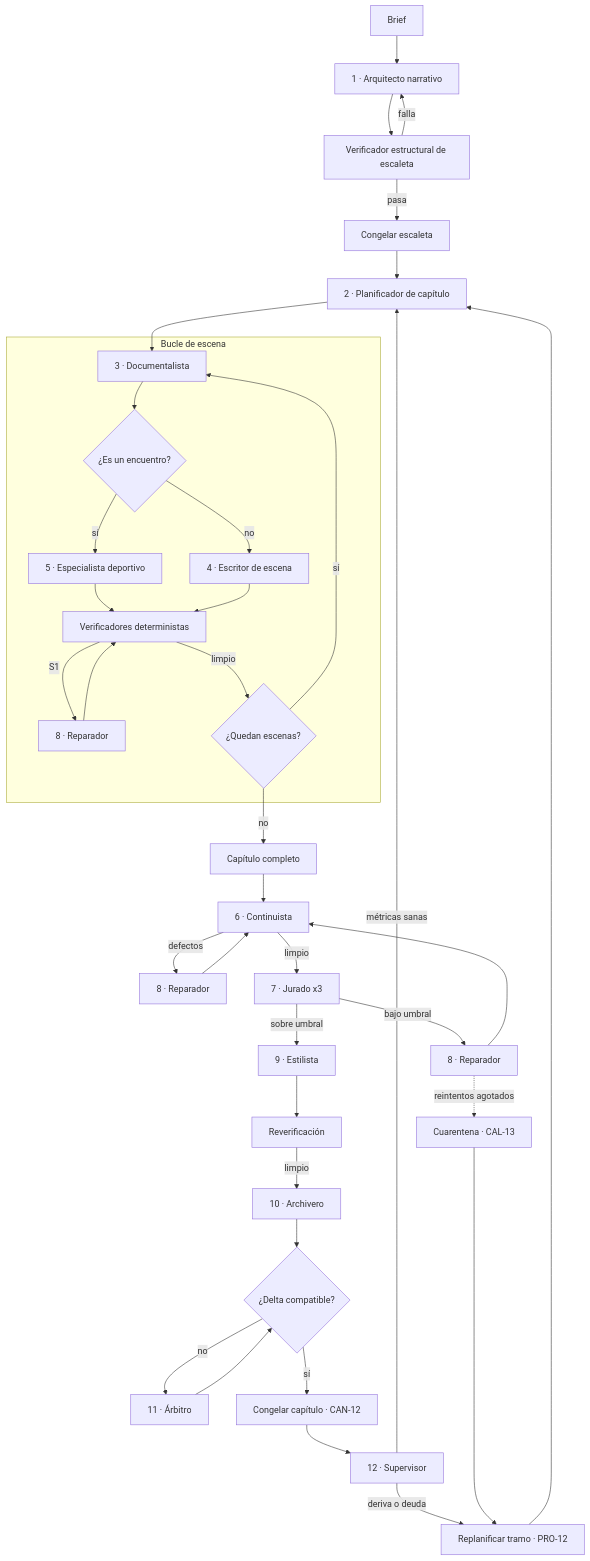
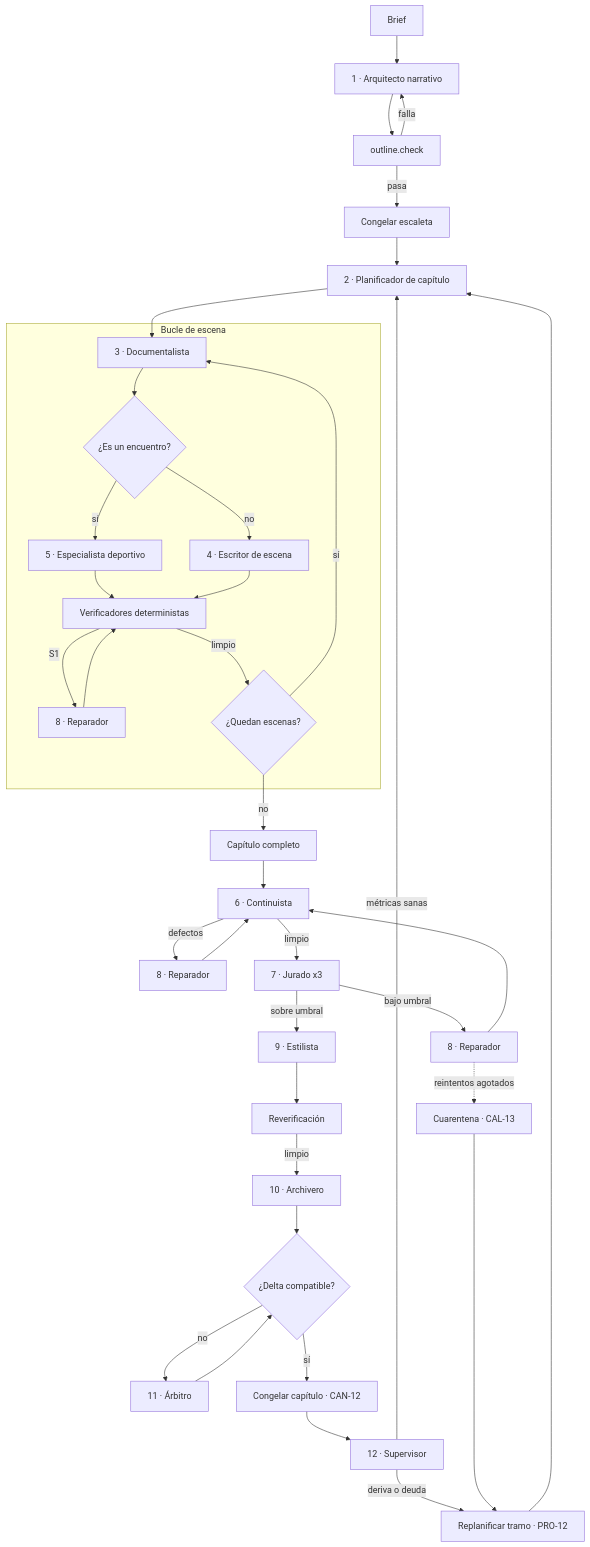
One commit to emilioqaracter/Story-Maker changed the fifth of 8 diagrams in docs/architecture.md. Above: the diagram before and after it, drawn with Mermaid. The commit also changed other lines of this file and 7 other files, not shown here.

````diff
--- a/docs/architecture.md
+++ b/docs/architecture.md
@@ -494,46 +1012,46 @@
 ```mermaid
 graph TD
   ST["Brief"] --> A1["1 · Arquitecto narrativo"]
-  A1 --> VE["Verificador estructural de escaleta"]
+  A1 --> VE["outline.check"]
   VE -->|falla| A1
   VE -->|pasa| FZ1["Congelar escaleta"]
 
   FZ1 --> A2["2 · Planificador de capítulo"]
   A2 --> A3
 
   subgraph BE["Bucle de escena"]
     A3["3 · Documentalista"] --> DEC{"¿Es un encuentro?"}
     DEC -->|sí| A5["5 · Especialista deportivo"]
     DEC -->|no| A4["4 · Escritor de escena"]
     A5 --> VD["Verificadores deterministas"]
     A4 --> VD
     VD -->|S1| A8a["8 · Reparador"]
     A8a --> VD
     VD -->|limpio| SIG{"¿Quedan escenas?"}
     SIG -->|sí| A3
   end
 
   SIG -->|no| CAP["Capítulo completo"]
   CAP --> A6["6 · Continuista"]
   A6 -->|defectos| A8b["8 · Reparador"]
   A8b --> A6
   A6 -->|limpio| A7["7 · Jurado x3"]
   A7 -->|bajo umbral| A8c["8 · Reparador"]
   A8c --> A6
   A7 -->|sobre umbral| A9["9 · Estilista"]
   A9 --> A6r["Reverificación"]
   A6r -->|limpio| A10["10 · Archivero"]
 
   A10 --> VAL{"¿Delta compatible?"}
   VAL -->|no| A11["11 · Árbitro"]
   A11 --> VAL
   VAL -->|sí| FZ2["Congelar capítulo · CAN-12"]
 
   FZ2 --> A12["12 · Supervisor"]
   A12 -->|métricas sanas| A2
   A12 -->|deriva o deuda| RPL["Replanificar tramo · PRO-12"]
   RPL --> A2
 
   A8c -.reintentos agotados.-> CU["Cuarentena · CAL-13"]
   CU --> RPL
 ```
````
